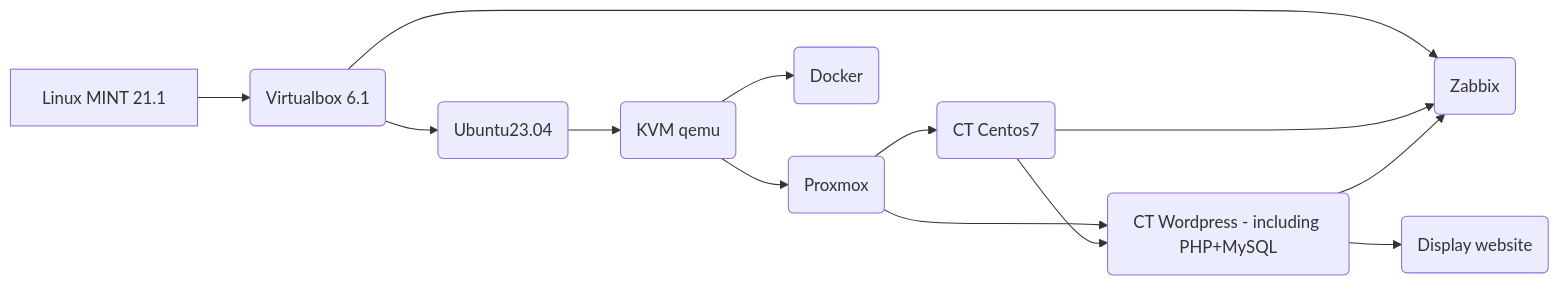
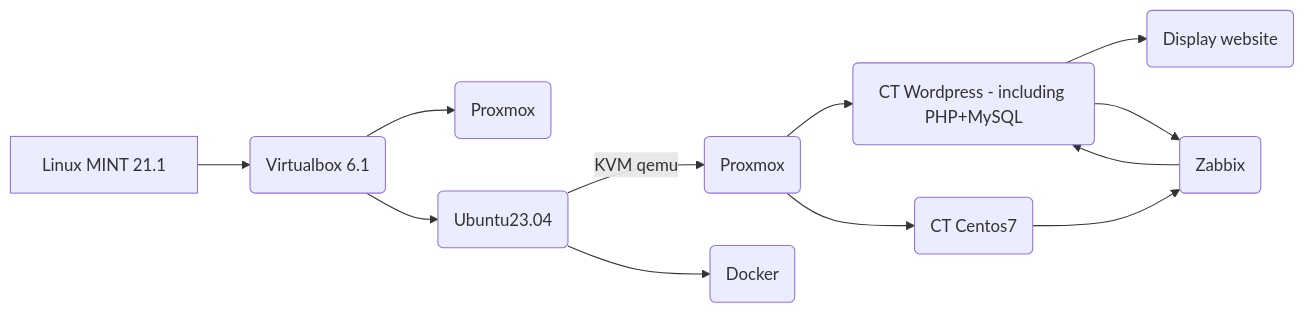
The diagram in Project.md (DanyAAD90/DevOps_junior_Wordpress), drawn with Mermaid before and after one commit.

````diff
--- a/Project.md
+++ b/Project.md
@@ -3,15 +3,14 @@
 ```mermaid
 graph LR
 A[Linux MINT 21.1] --> B(Virtualbox 6.1)
 B --> J(Proxmox)
 B --> C(Ubuntu23.04)
-C --> D(KVM qemu)
-D --> E(Proxmox)
-E --> F(CT Wordpress - including PHP+MySQL)
-F --> H(Display website)
-D --> G(Docker)
-E --> I(CT Centos7)
-I --> J(Zabbix)
-I --> F
-F --> J
+C -- KVM qemu --> D(Proxmox)
+D --> E(CT Wordpress - including PHP+MySQL)
+E --> G(Display website)
+C --> F(Docker)
+D --> H(CT Centos7)
+H --> I(Zabbix)
+I --> E
+E --> I
 ```
````
